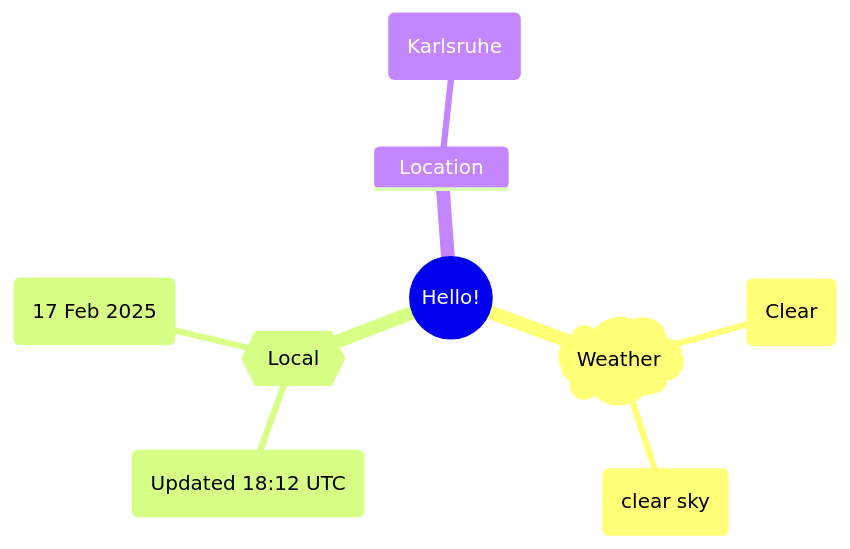
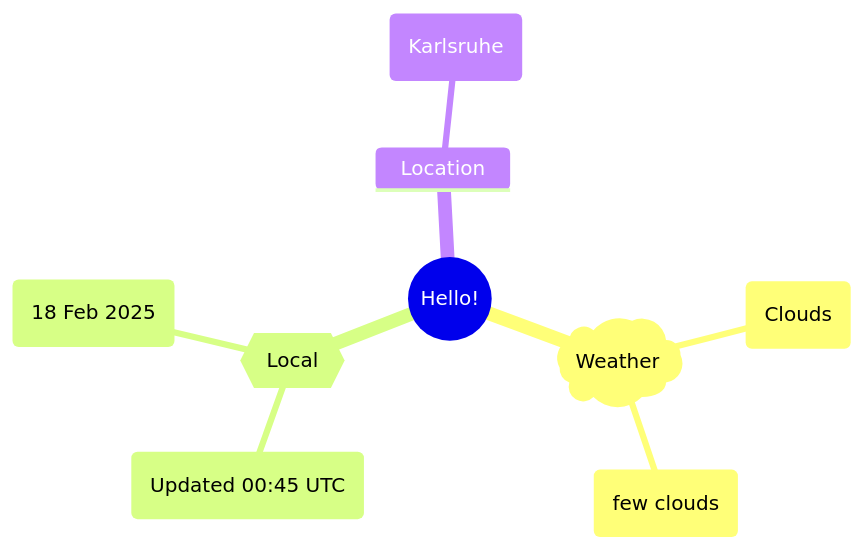
Before and after one commit to Xosrov/Xosrov: the first of 2 diagrams in README.md, drawn with Mermaid.

Commit message:
[bot] updated images

````diff
--- a/README.md
+++ b/README.md
@@ -3,12 +3,12 @@
 ```mermaid
 mindmap
   root((Hello!))
     )Weather(
-        (Clear)
-        (clear sky)
+        (Clouds)
+        (few clouds)
     {{Local}}
-        (Updated 18:12 UTC)
-        (17 Feb 2025)
+        (Updated 00:45 UTC)
+        (18 Feb 2025)
     Location
         (Karlsruhe)
 ```
````
